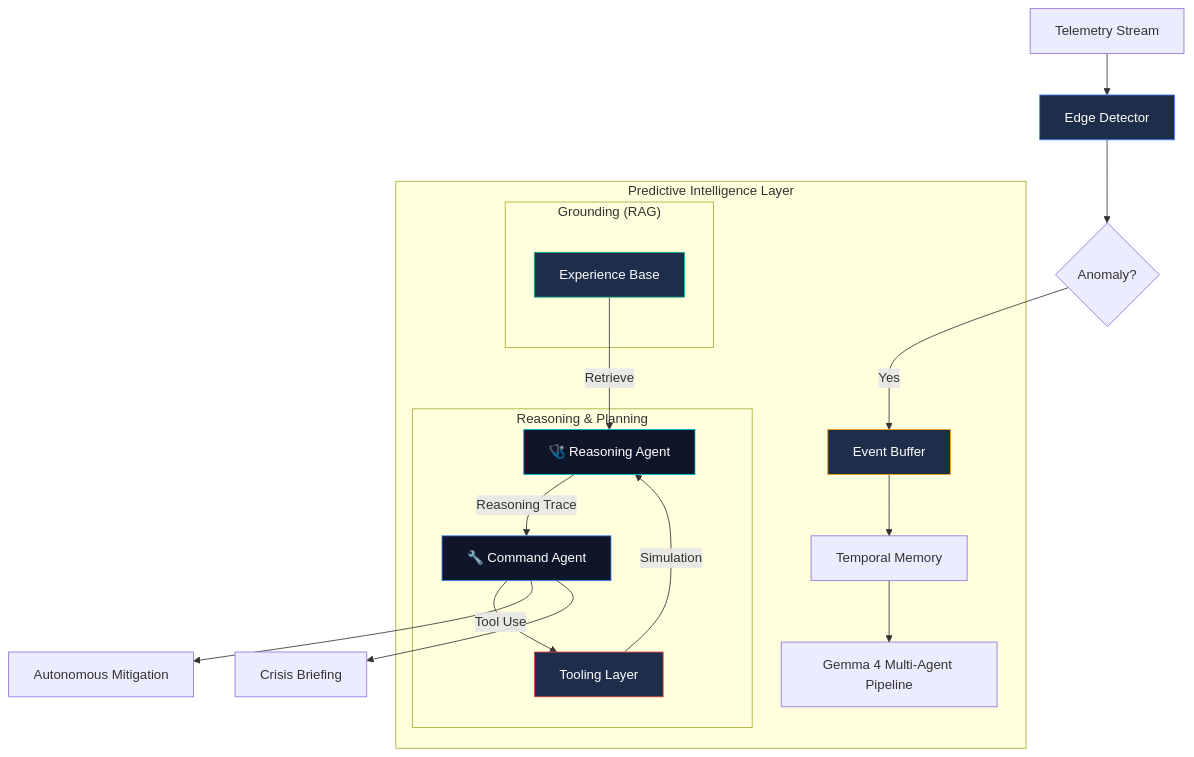
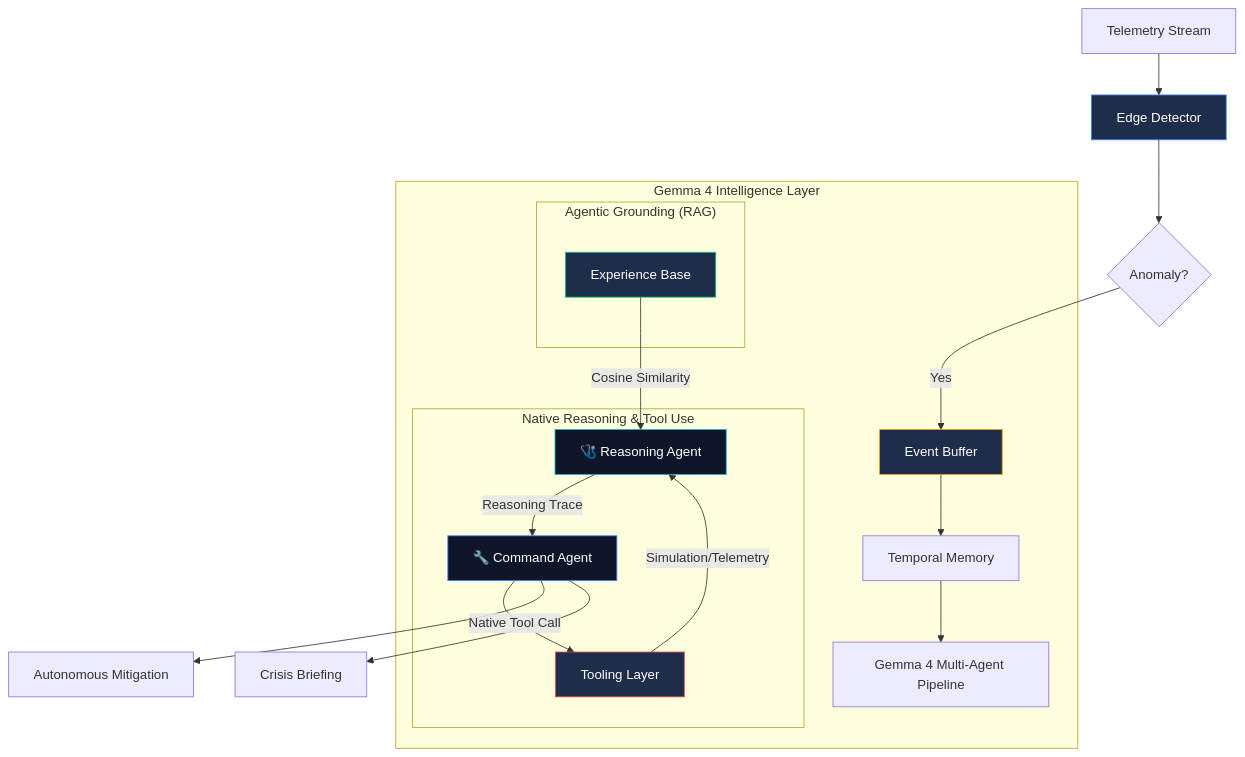
Before and after one commit to Ibrahimboutal/NetGuardian: the diagram in README.md, drawn with Mermaid. The commit also changed other lines of this file and 3 other files, not shown here.

Commit message:
feat: implement local Gemma 4 agent system with tool calling capabilities and corresponding UI component

````diff
--- a/README.md
+++ b/README.md
@@ -11,31 +11,31 @@
 ```mermaid
 graph TD
     A[Telemetry Stream] --> B[Edge Detector]
     B --> C{Anomaly?}
     C -- Yes --> D[Event Buffer]
     
-    subgraph "Predictive Intelligence Layer"
+    subgraph "Gemma 4 Intelligence Layer"
         D --> D1[Temporal Memory]
         D1 --> E[Gemma 4 Multi-Agent Pipeline]
         
-        subgraph "Reasoning & Planning"
+        subgraph "Native Reasoning & Tool Use"
             E1[🩺 Reasoning Agent] -- Reasoning Trace --> E2[🔧 Command Agent]
-            E2 -- Tool Use --> T[Tooling Layer]
-            T -- Simulation --> E1
+            E2 -- Native Tool Call --> T[Tooling Layer]
+            T -- Simulation/Telemetry --> E1
         end
         
-        subgraph "Grounding (RAG)"
-            K[Experience Base] -- Retrieve --> E1
+        subgraph "Agentic Grounding (RAG)"
+            K[Experience Base] -- Cosine Similarity --> E1
         end
     end
     
     E2 --> F[Autonomous Mitigation]
     E2 --> G[Crisis Briefing]
     
     style B fill:#1e2d4a,stroke:#3b82f6,color:#fff
     style D fill:#1e2d4a,stroke:#f59e0b,color:#fff
     style E1 fill:#0f1629,stroke:#06b6d4,color:#fff
     style E2 fill:#0f1629,stroke:#3b82f6,color:#fff
     style K fill:#1e2d4a,stroke:#10b981,color:#fff
     style T fill:#1e2d4a,stroke:#ef4444,color:#fff
 ```
````
